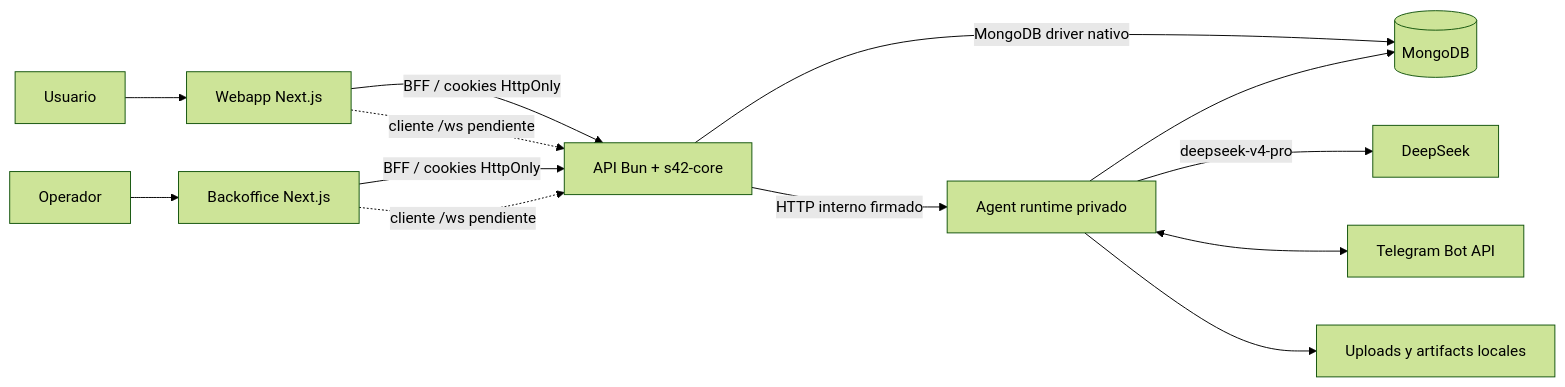
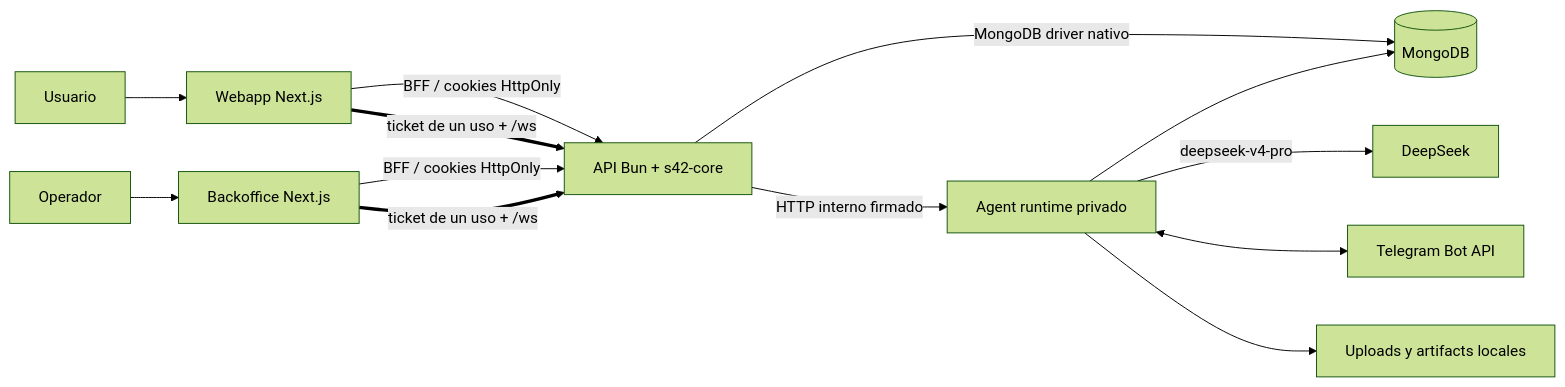
One commit to stock42/stock42-monorepo-scaffolding changed the first of 2 diagrams in README.md. Above: the diagram before and after it, drawn with Mermaid (forest theme). The commit also changed other lines of this file and 31 other files, not shown here.

````diff
--- a/README.md
+++ b/README.md
@@ -42,15 +42,15 @@
 ```mermaid
 flowchart LR
   U[Usuario] --> W[Webapp Next.js]
   O[Operador] --> B[Backoffice Next.js]
   W -->|BFF / cookies HttpOnly| API[API Bun + s42-core]
   B -->|BFF / cookies HttpOnly| API
-  W -.->|cliente /ws pendiente| API
-  B -.->|cliente /ws pendiente| API
+  W ==>|ticket de un uso + /ws| API
+  B ==>|ticket de un uso + /ws| API
   API -->|MongoDB driver nativo| DB[(MongoDB)]
   API -->|HTTP interno firmado| AG[Agent runtime privado]
   AG --> DB
   AG -->|deepseek-v4-pro| DS[DeepSeek]
   AG <--> TG[Telegram Bot API]
   AG --> FS[Uploads y artifacts locales]
 ```
````
